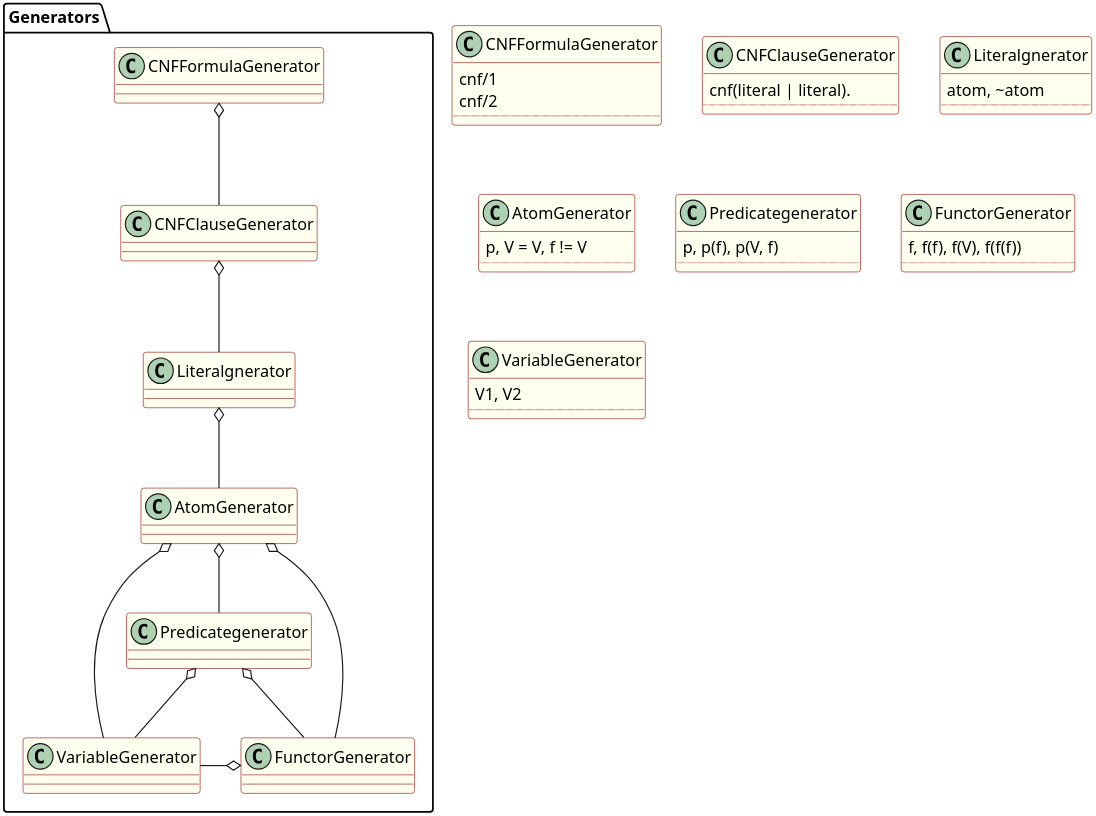
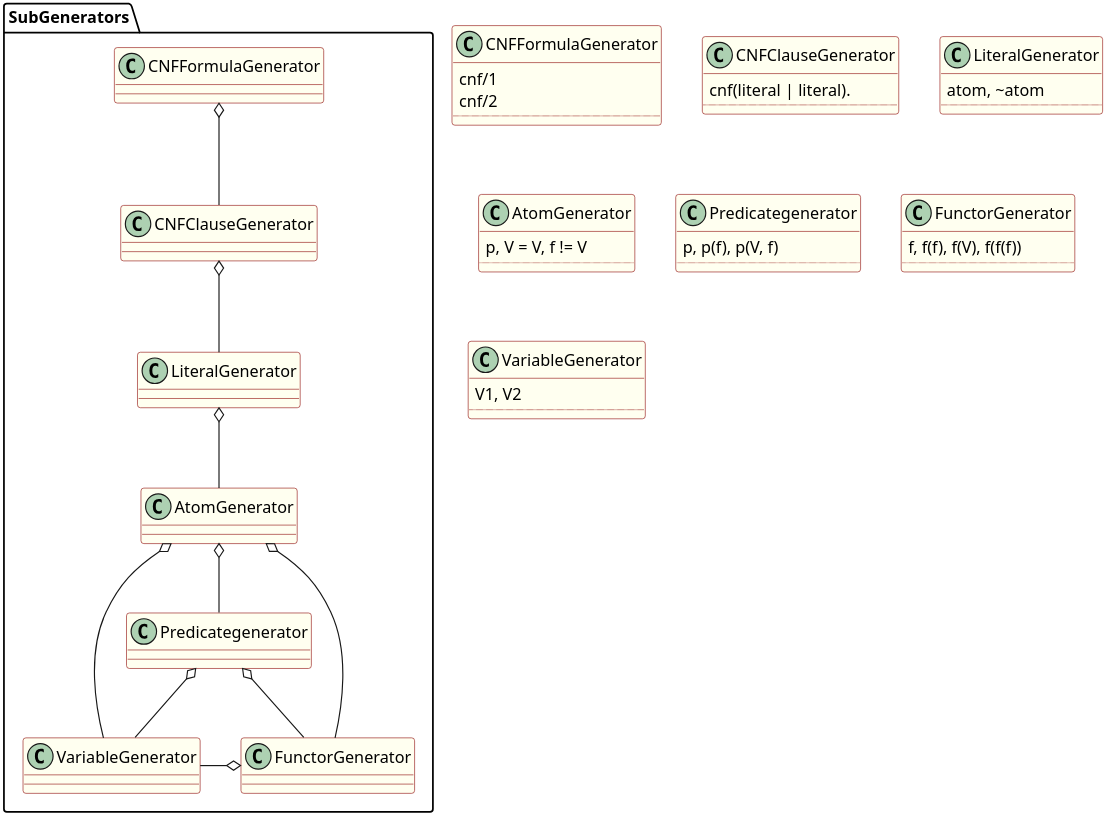
One commit to Mateusz-Grzelinski/set-research-documentation changed the diagram in logic-formula-generator/fol/cnf_signature_generators.puml. Above: the diagram before and after it, drawn with PlantUML. The commit also changed 20 other files, not shown here.

```diff
--- a/logic-formula-generator/fol/cnf_signature_generators.puml
+++ b/logic-formula-generator/fol/cnf_signature_generators.puml
@@ -1,57 +1,56 @@
 @startuml
 skinparam dpi 300
 
 skinparam class {
   backgroundColor Ivory
   borderColor DarkRed
 }
 
-package Generators {
-
-CNFFormulaGenerator o-- CNFClauseGenerator
-CNFClauseGenerator o-- Literalgnerator
-Literalgnerator o-- AtomGenerator
-AtomGenerator o-- Predicategenerator
-AtomGenerator o-- VariableGenerator
-AtomGenerator o-- FunctorGenerator
-Predicategenerator o-- VariableGenerator
-Predicategenerator o-- FunctorGenerator
-VariableGenerator -o FunctorGenerator 
+package SubGenerators {
+  CNFFormulaGenerator o-- CNFClauseGenerator
+  CNFClauseGenerator o-- LiteralGenerator
+  LiteralGenerator o-- AtomGenerator
+  AtomGenerator o-- Predicategenerator
+  AtomGenerator o-- VariableGenerator
+  AtomGenerator o-- FunctorGenerator
+  Predicategenerator o-- VariableGenerator
+  Predicategenerator o-- FunctorGenerator
+  VariableGenerator -o FunctorGenerator 
 }
 
 class CNFFormulaGenerator {
 	cnf/1
 	cnf/2
 	..
 }
 
 class CNFClauseGenerator {
 	cnf(literal | literal).
 	..
 }
 
-class Literalgnerator {
+class LiteralGenerator {
 	atom, ~atom
 	..
 }
 
 class AtomGenerator {
 	p, V = V, f != V
 	..
 }
 
 class Predicategenerator {
 	p, p(f), p(V, f)
 	..
 }
 
 class FunctorGenerator {
 	f, f(f), f(V), f(f(f))
 	..
 }
 
 class VariableGenerator {
 	V1, V2
 	..
 }
 @enduml
```
